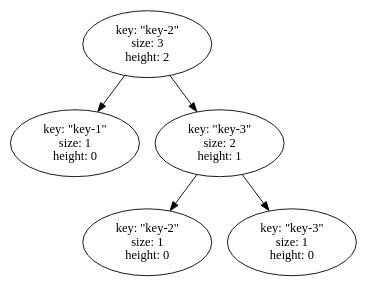
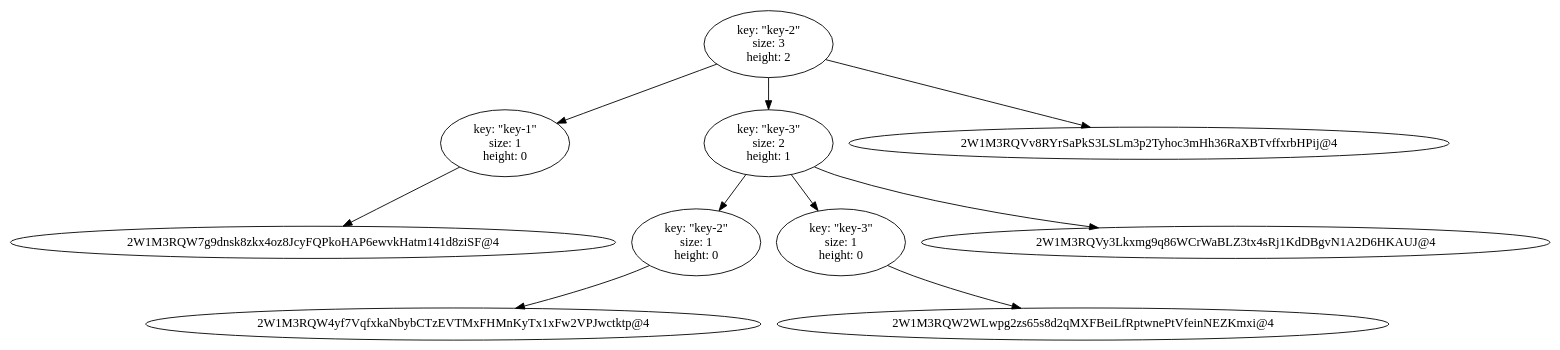
One commit to s4wave/spacewave changed the diagram in block/viz/dot/demo/demo.dot. Above: the diagram before and after it, drawn with Graphviz. The commit also changed 18 other files, not shown here.

```diff
--- a/block/viz/dot/demo/demo.dot
+++ b/block/viz/dot/demo/demo.dot
@@ -1,14 +1,24 @@
 strict digraph "2W1M3RQVv8RYrSaPkS3LSLm3p2Tyhoc3mHh36RaXBTvffxrbHPij" {
 // Node definitions.
 "2W1M3RQVv8RYrSaPkS3LSLm3p2Tyhoc3mHh36RaXBTvffxrbHPij" [label="key: \"key-2\"\nsize: 3\nheight: 2"];
 "2W1M3RQW7g9dnsk8zkx4oz8JcyFQPkoHAP6ewvkHatm141d8ziSF" [label="key: \"key-1\"\nsize: 1\nheight: 0"];
 "2W1M3RQVy3Lkxmg9q86WCrWaBLZ3tx4sRj1KdDBgvN1A2D6HKAUJ" [label="key: \"key-3\"\nsize: 2\nheight: 1"];
+"2W1M3RQVv8RYrSaPkS3LSLm3p2Tyhoc3mHh36RaXBTvffxrbHPij@4";
+"2W1M3RQW7g9dnsk8zkx4oz8JcyFQPkoHAP6ewvkHatm141d8ziSF@4";
 "2W1M3RQW4yf7VqfxkaNbybCTzEVTMxFHMnKyTx1xFw2VPJwctktp" [label="key: \"key-2\"\nsize: 1\nheight: 0"];
 "2W1M3RQW2WLwpg2zs65s8d2qMXFBeiLfRptwnePtVfeinNEZKmxi" [label="key: \"key-3\"\nsize: 1\nheight: 0"];
+"2W1M3RQVy3Lkxmg9q86WCrWaBLZ3tx4sRj1KdDBgvN1A2D6HKAUJ@4";
+"2W1M3RQW4yf7VqfxkaNbybCTzEVTMxFHMnKyTx1xFw2VPJwctktp@4";
+"2W1M3RQW2WLwpg2zs65s8d2qMXFBeiLfRptwnePtVfeinNEZKmxi@4";
 
 // Edge definitions.
 "2W1M3RQVv8RYrSaPkS3LSLm3p2Tyhoc3mHh36RaXBTvffxrbHPij" -> "2W1M3RQW7g9dnsk8zkx4oz8JcyFQPkoHAP6ewvkHatm141d8ziSF";
 "2W1M3RQVv8RYrSaPkS3LSLm3p2Tyhoc3mHh36RaXBTvffxrbHPij" -> "2W1M3RQVy3Lkxmg9q86WCrWaBLZ3tx4sRj1KdDBgvN1A2D6HKAUJ";
+"2W1M3RQVv8RYrSaPkS3LSLm3p2Tyhoc3mHh36RaXBTvffxrbHPij" -> "2W1M3RQVv8RYrSaPkS3LSLm3p2Tyhoc3mHh36RaXBTvffxrbHPij@4";
+"2W1M3RQW7g9dnsk8zkx4oz8JcyFQPkoHAP6ewvkHatm141d8ziSF" -> "2W1M3RQW7g9dnsk8zkx4oz8JcyFQPkoHAP6ewvkHatm141d8ziSF@4";
 "2W1M3RQVy3Lkxmg9q86WCrWaBLZ3tx4sRj1KdDBgvN1A2D6HKAUJ" -> "2W1M3RQW4yf7VqfxkaNbybCTzEVTMxFHMnKyTx1xFw2VPJwctktp";
 "2W1M3RQVy3Lkxmg9q86WCrWaBLZ3tx4sRj1KdDBgvN1A2D6HKAUJ" -> "2W1M3RQW2WLwpg2zs65s8d2qMXFBeiLfRptwnePtVfeinNEZKmxi";
+"2W1M3RQVy3Lkxmg9q86WCrWaBLZ3tx4sRj1KdDBgvN1A2D6HKAUJ" -> "2W1M3RQVy3Lkxmg9q86WCrWaBLZ3tx4sRj1KdDBgvN1A2D6HKAUJ@4";
+"2W1M3RQW4yf7VqfxkaNbybCTzEVTMxFHMnKyTx1xFw2VPJwctktp" -> "2W1M3RQW4yf7VqfxkaNbybCTzEVTMxFHMnKyTx1xFw2VPJwctktp@4";
+"2W1M3RQW2WLwpg2zs65s8d2qMXFBeiLfRptwnePtVfeinNEZKmxi" -> "2W1M3RQW2WLwpg2zs65s8d2qMXFBeiLfRptwnePtVfeinNEZKmxi@4";
 }
```
